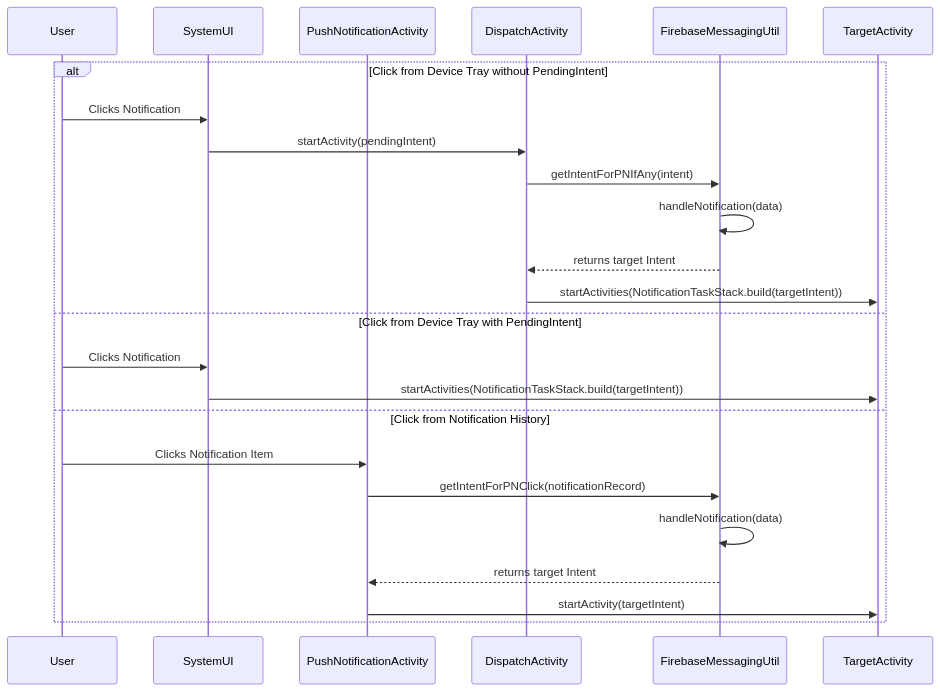
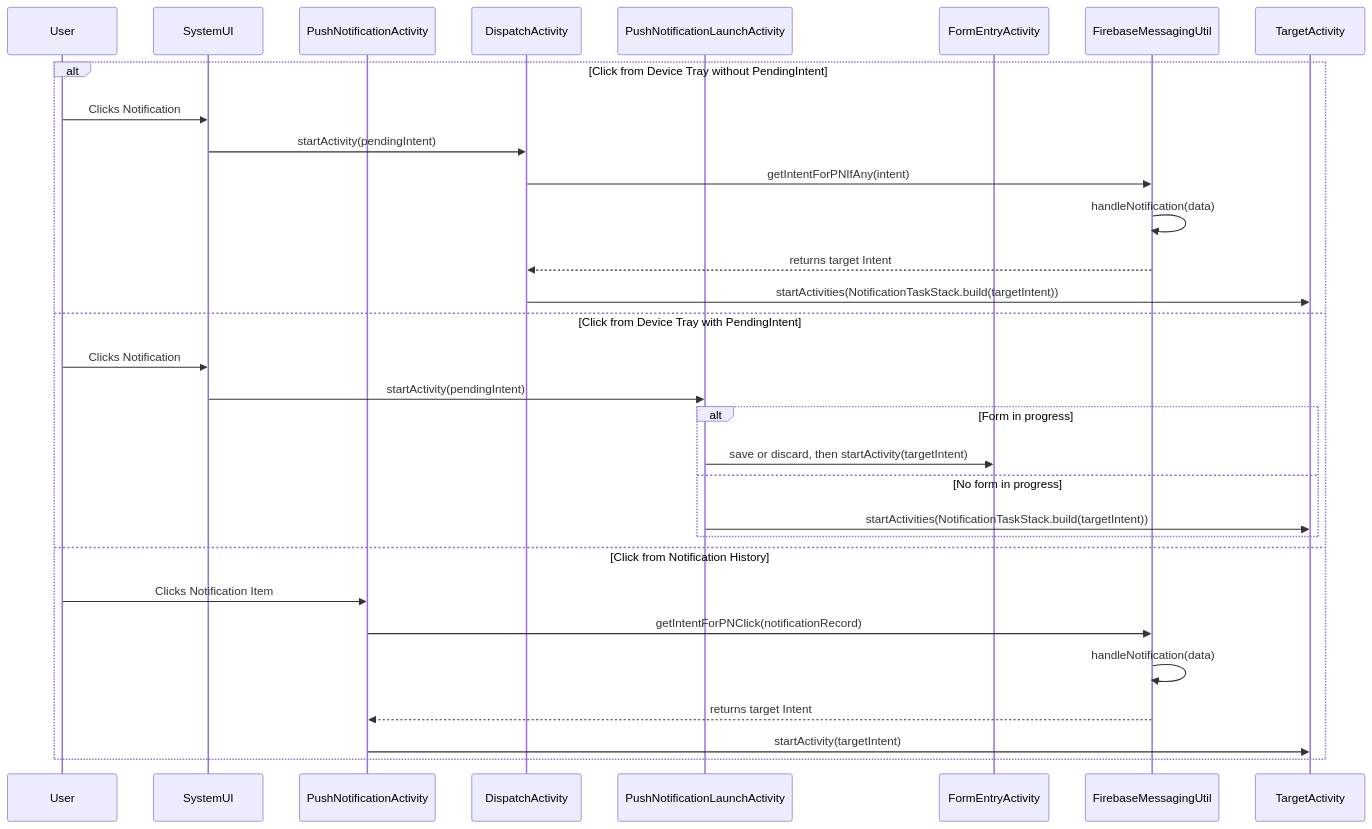
Before and after one commit to dimagi/commcare-android: the second of 2 diagrams in docs/notifications.md, drawn with Mermaid.

Commit message:
CCCT-2826 Notification Back Path
[AI] Showed the push launch activity and its form check in the notification click diagram.

````diff
--- a/docs/notifications.md
+++ b/docs/notifications.md
@@ -78,27 +78,34 @@
 ```mermaid
 sequenceDiagram
     participant User
     participant SystemUI
     participant PushNotificationActivity
     participant DispatchActivity
+    participant PushNotificationLaunchActivity
+    participant FormEntryActivity
     participant FirebaseMessagingUtil
     participant TargetActivity
 
     alt Click from Device Tray without PendingIntent
         User->>SystemUI: Clicks Notification
         SystemUI->>DispatchActivity: startActivity(pendingIntent)
         DispatchActivity->>FirebaseMessagingUtil: getIntentForPNIfAny(intent)
         FirebaseMessagingUtil->>FirebaseMessagingUtil: handleNotification(data)
         FirebaseMessagingUtil-->>DispatchActivity: returns target Intent
         DispatchActivity->>TargetActivity: startActivities(NotificationTaskStack.build(targetIntent))
     else Click from Device Tray with PendingIntent
         User->>SystemUI: Clicks Notification
-        SystemUI->>TargetActivity: startActivities(NotificationTaskStack.build(targetIntent))
+        SystemUI->>PushNotificationLaunchActivity: startActivity(pendingIntent)
+        alt Form in progress
+            PushNotificationLaunchActivity->>FormEntryActivity: save or discard, then startActivity(targetIntent)
+        else No form in progress
+            PushNotificationLaunchActivity->>TargetActivity: startActivities(NotificationTaskStack.build(targetIntent))
+        end
     else Click from Notification History
         User->>PushNotificationActivity: Clicks Notification Item
         PushNotificationActivity->>FirebaseMessagingUtil: getIntentForPNClick(notificationRecord)
         FirebaseMessagingUtil->>FirebaseMessagingUtil: handleNotification(data)
         FirebaseMessagingUtil-->>PushNotificationActivity: returns target Intent
         PushNotificationActivity->>TargetActivity: startActivity(targetIntent)
     end
 ```
````
